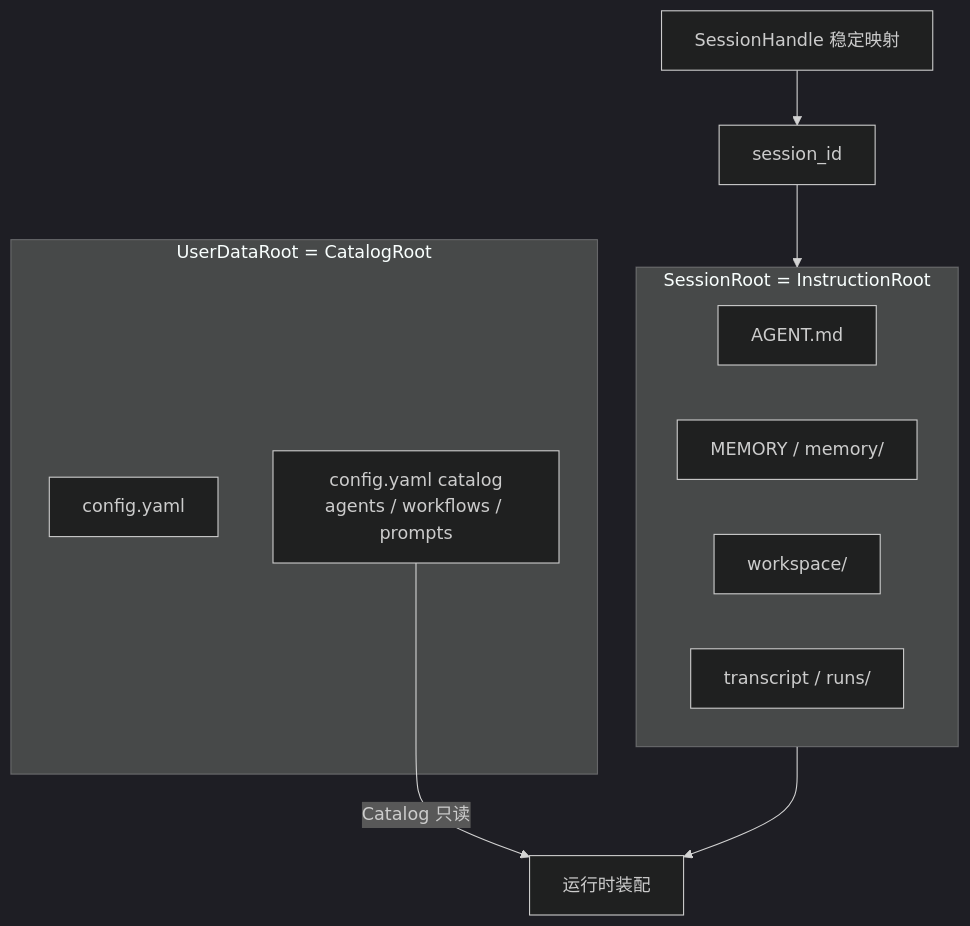
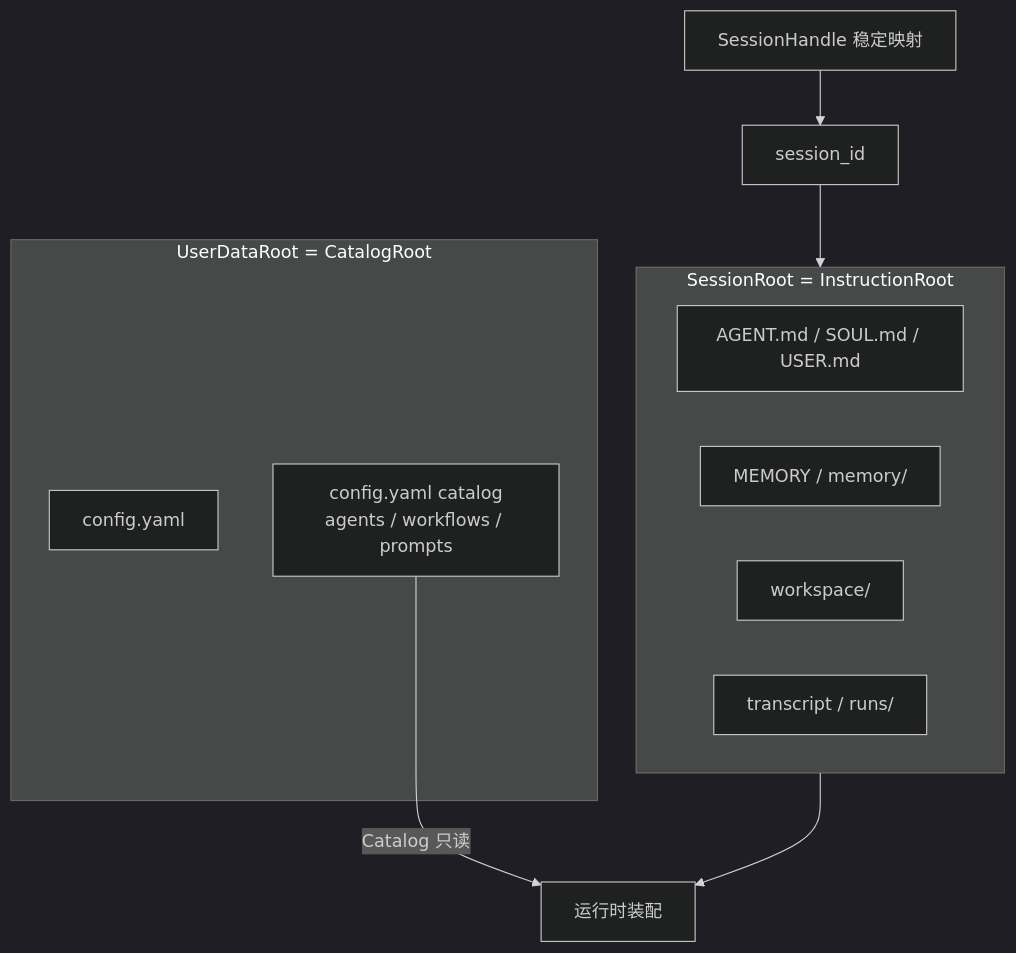
The seventh of 9 diagrams in docs/architecture.md (lengzhao/oneclaw), drawn with Mermaid (dark theme) before and after one commit. The commit also changed other lines of this file and 77 other files, not shown here.

````diff
--- a/docs/architecture.md
+++ b/docs/architecture.md
@@ -211,17 +211,17 @@
 ```mermaid
 flowchart TB
   subgraph global [UserDataRoot = CatalogRoot]
     CFG[config.yaml]
     MAN[config.yaml catalog<br/>agents / workflows / prompts]
   end
   subgraph session [SessionRoot = InstructionRoot]
-    AG[AGENT.md]
+    AG[AGENT.md / SOUL.md / USER.md]
     MEM[MEMORY / memory/]
     WS[workspace/]
     TR[transcript / runs/]
   end
   SH[SessionHandle 稳定映射] --> SID[session_id]
   SID --> session
   MAN -->|Catalog 只读| RUN[运行时装配]
   session --> RUN
 ```
````
